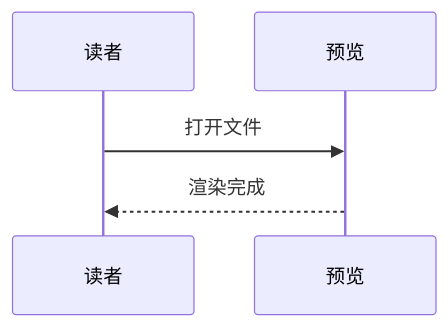
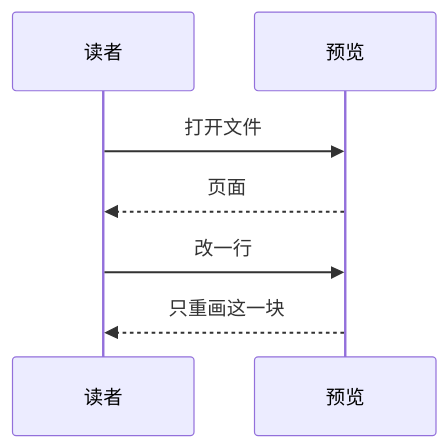
One commit to emacs-taf/etaf-md changed the second of 4 diagrams in examples/all-syntax.markdown. Above: the diagram before and after it, drawn with Mermaid. The commit also changed other lines of this file and 2 other files, not shown here.

````diff
--- a/examples/all-syntax.markdown
+++ b/examples/all-syntax.markdown
@@ -511,7 +447,9 @@
 ```mermaid
 sequenceDiagram
   participant U as 读者
-  participant P as 预览
-  U->>P: 打开文件
-  P-->>U: 渲染完成
+  participant V as 预览
+  U->>V: 打开文件
+  V-->>U: 页面
+  U->>V: 改一行
+  V-->>U: 只重画这一块
 ```
````
